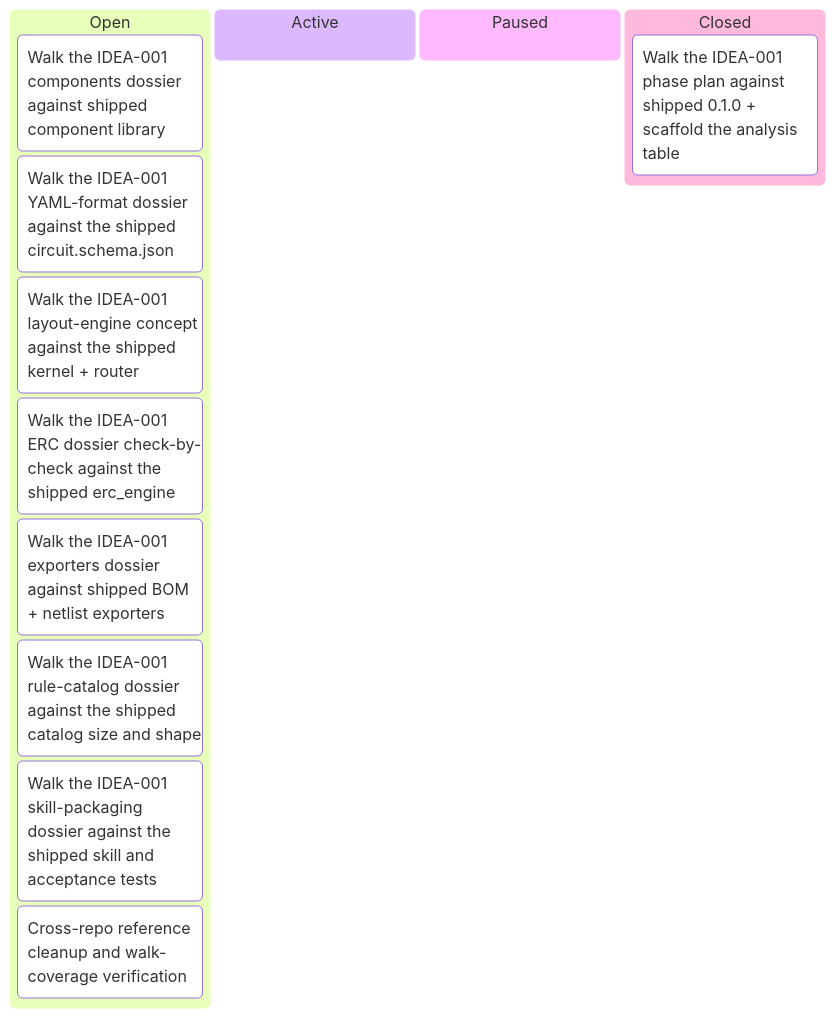
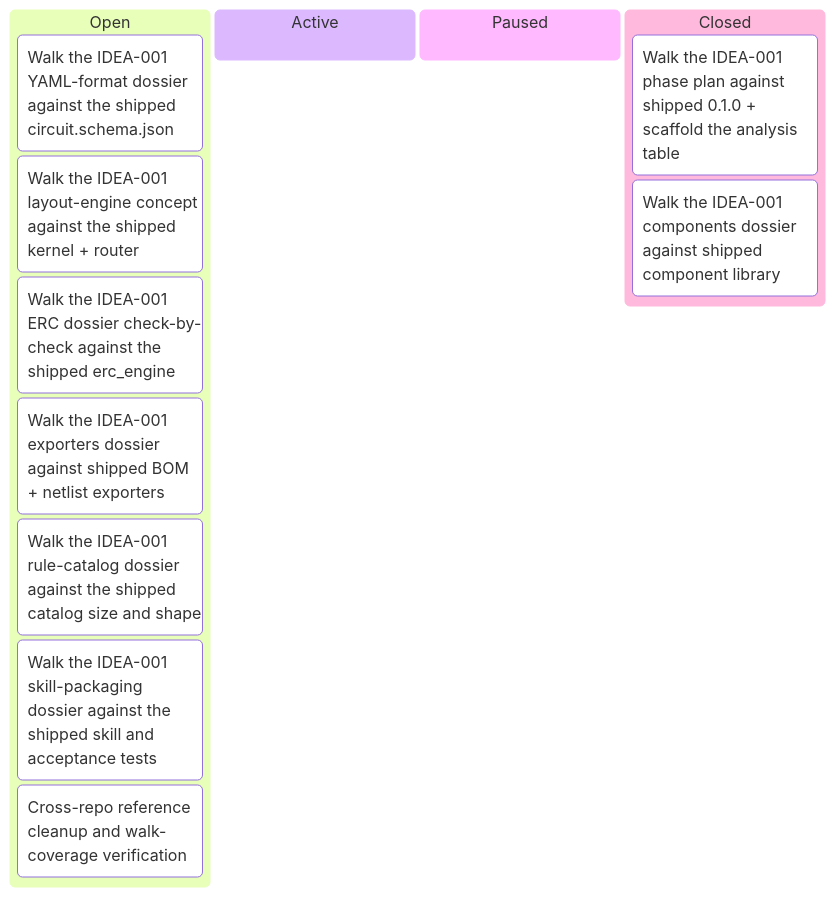
The second of 3 diagrams in docs/developers/tasks/KANBAN.md (tgd1975/CircuitSmith), drawn with Mermaid before and after one commit. The commit also changed other lines of this file and 4 other files, not shown here.

First line of the commit message:
close TASK-135: walk IDEA-001 components dossier against shipped library

````diff
--- a/docs/developers/tasks/KANBAN.md
+++ b/docs/developers/tasks/KANBAN.md
@@ -33,16 +33,16 @@
 ```mermaid
 kanban
   Open
-    TASK_135["Walk the IDEA-001 components dossier against shipped component library"]
     TASK_136["Walk the IDEA-001 YAML-format dossier against the shipped circuit.schema.json"]
     TASK_137["Walk the IDEA-001 layout-engine concept against the shipped kernel + router"]
     TASK_138["Walk the IDEA-001 ERC dossier check-by-check against the shipped erc_engine"]
     TASK_139["Walk the IDEA-001 exporters dossier against shipped BOM + netlist exporters"]
     TASK_140["Walk the IDEA-001 rule-catalog dossier against the shipped catalog size and shape"]
     TASK_141["Walk the IDEA-001 skill-packaging dossier against the shipped skill and acceptance tests"]
     TASK_142["Cross-repo reference cleanup and walk-coverage verification"]
   Active
   Paused
   Closed
     TASK_134["Walk the IDEA-001 phase plan against shipped 0.1.0 + scaffold the analysis table"]
+    TASK_135["Walk the IDEA-001 components dossier against shipped component library"]
 ```
````
